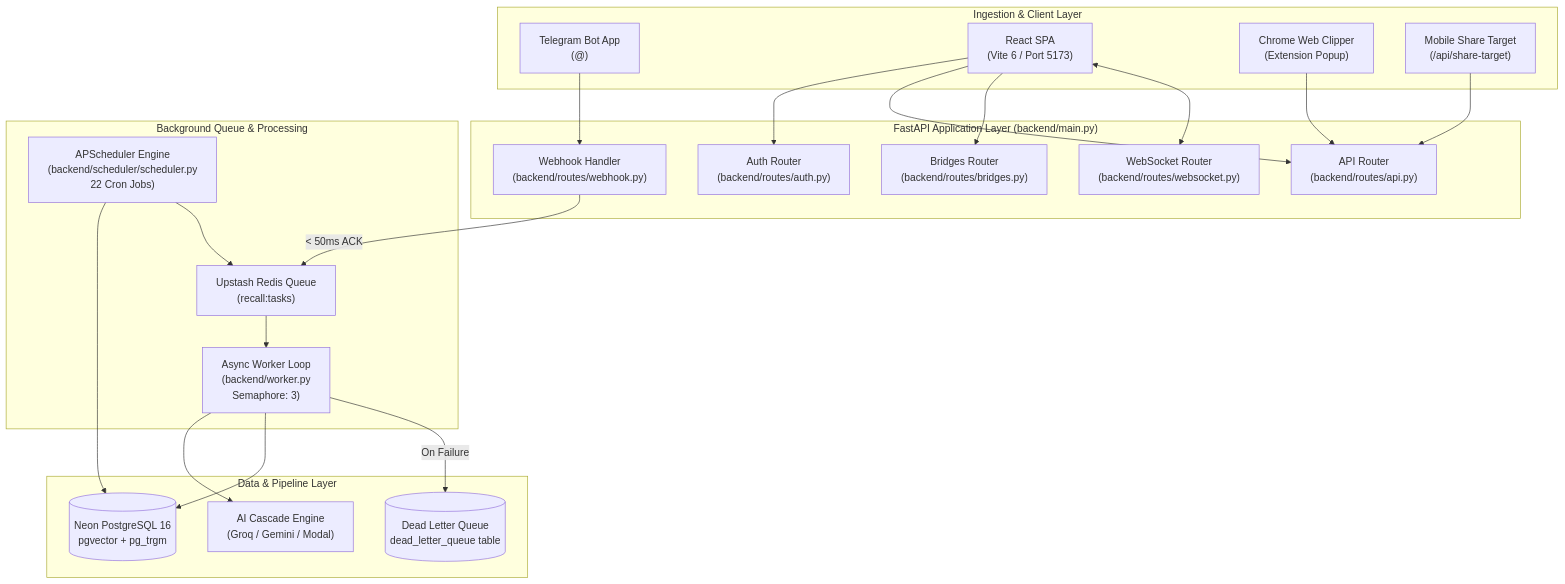
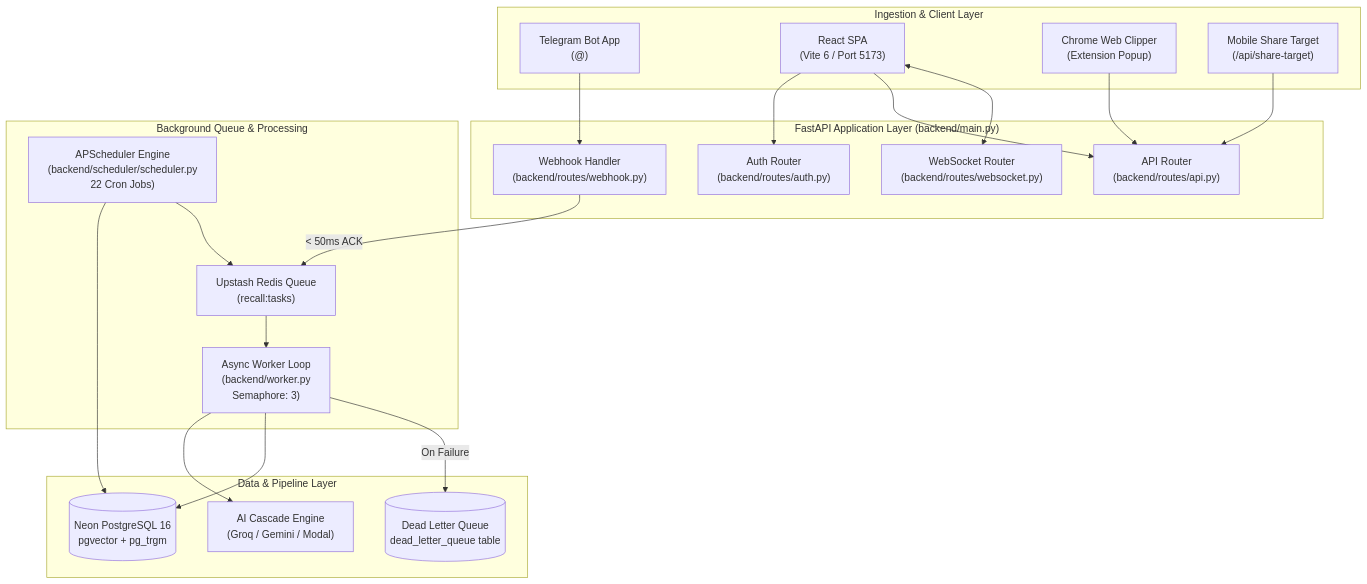
The first of 3 diagrams in docs/DIAGRAMS.md (PriyanshuG27/Recall), drawn with Mermaid before and after one commit. The commit also changed other lines of this file and 42 other files, not shown here.

````diff
--- a/docs/DIAGRAMS.md
+++ b/docs/DIAGRAMS.md
@@ -13,62 +13,59 @@
 ```mermaid
 flowchart TB
     subgraph Clients["Ingestion & Client Layer"]
         TG["Telegram Bot App
 (@<YourBotUsername>)"]
         WEB["React SPA
 (Vite 6 / Port 5173)"]
         EXT["Chrome Web Clipper
 (Extension Popup)"]
         SHARE["Mobile Share Target
 (/api/share-target)"]
     end
 
     subgraph API["FastAPI Application Layer (backend/main.py)"]
         AUTH["Auth Router
 (backend/routes/auth.py)"]
         ITEMS["API Router
 (backend/routes/api.py)"]
-        BRIDGES["Bridges Router
-(backend/routes/bridges.py)"]
         HOOK["Webhook Handler
 (backend/routes/webhook.py)"]
         WS["WebSocket Router
 (backend/routes/websocket.py)"]
     end
 
     subgraph Workers["Background Queue & Processing"]
         REDIS["Upstash Redis Queue
 (recall:tasks)"]
         WORKER["Async Worker Loop
 (backend/worker.py
 Semaphore: 3)"]
         SCHED["APScheduler Engine
 (backend/scheduler/scheduler.py
 22 Cron Jobs)"]
     end
 
     subgraph Storage["Data & Pipeline Layer"]
         DB[(Neon PostgreSQL 16
 pgvector + pg_trgm)]
         DLQ[(Dead Letter Queue
 dead_letter_queue table)]
         AI["AI Cascade Engine
 (Groq / Gemini / Modal)"]
     end
 
     TG --> HOOK
     WEB --> AUTH
     WEB --> ITEMS
-    WEB --> BRIDGES
     WEB <--> WS
     EXT --> ITEMS
     SHARE --> ITEMS
 
     HOOK -- "< 50ms ACK" --> REDIS
     REDIS --> WORKER
     WORKER --> AI
     WORKER --> DB
     WORKER -- "On Failure" --> DLQ
     SCHED --> DB
     SCHED --> REDIS
 ```
````
